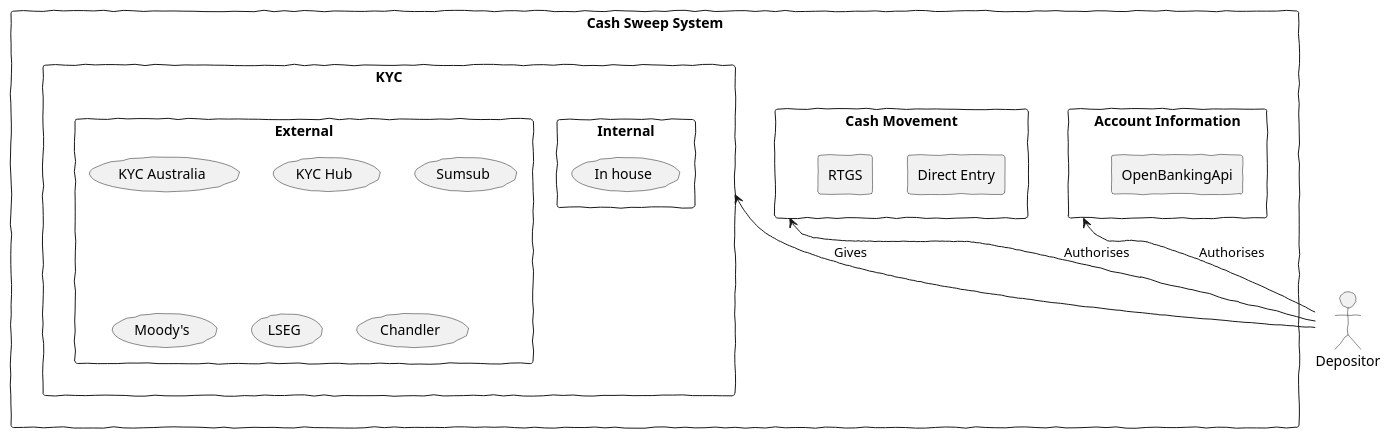
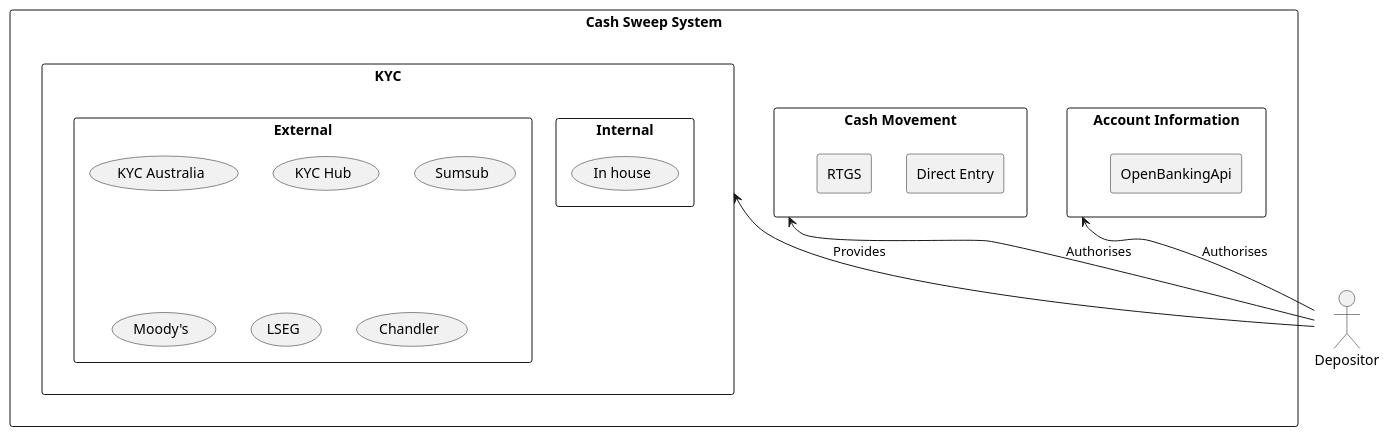
One commit to thomashan/remote-kvm-slides changed the diagram in assets/cash-sweep-solution.puml. Above: the diagram before and after it, drawn with PlantUML. The commit also changed 3 other files, not shown here.

Commit message:
cash sweep solution diagram (#7)

```diff
--- a/assets/cash-sweep-solution.puml
+++ b/assets/cash-sweep-solution.puml
@@ -1,37 +1,36 @@
 @startuml
-skinparam handwritten true
 
 actor Depositor
 
 rectangle "Cash Sweep System" {
     rectangle "KYC" {
         rectangle Internal {
             (In house)
         }
         rectangle External {
             (KYC Australia)
             (KYC Hub)
             (Sumsub)
             (Moody's)
             (LSEG)
             (Chandler)
         }
     }
 
     rectangle "Cash Movement" {
         rectangle "Direct Entry" {
         }
         rectangle RTGS {
         }
     }
 
     rectangle "Account Information" {
         rectangle OpenBankingApi
     }
 }
 
-Depositor -u-> KYC : Gives
+Depositor -u-> KYC : Provides
 Depositor -u-> "Cash Movement" : Authorises
 Depositor -u-> "Account Information" : Authorises
 
 @enduml
```
